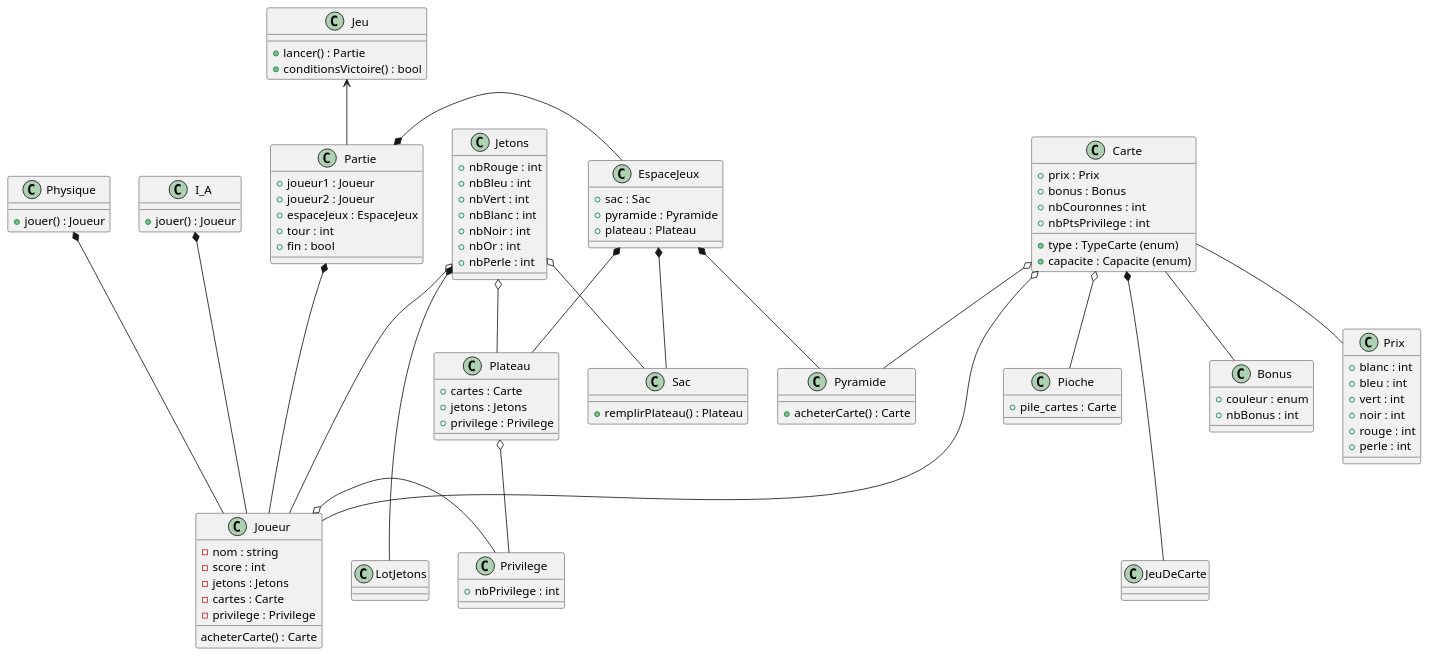
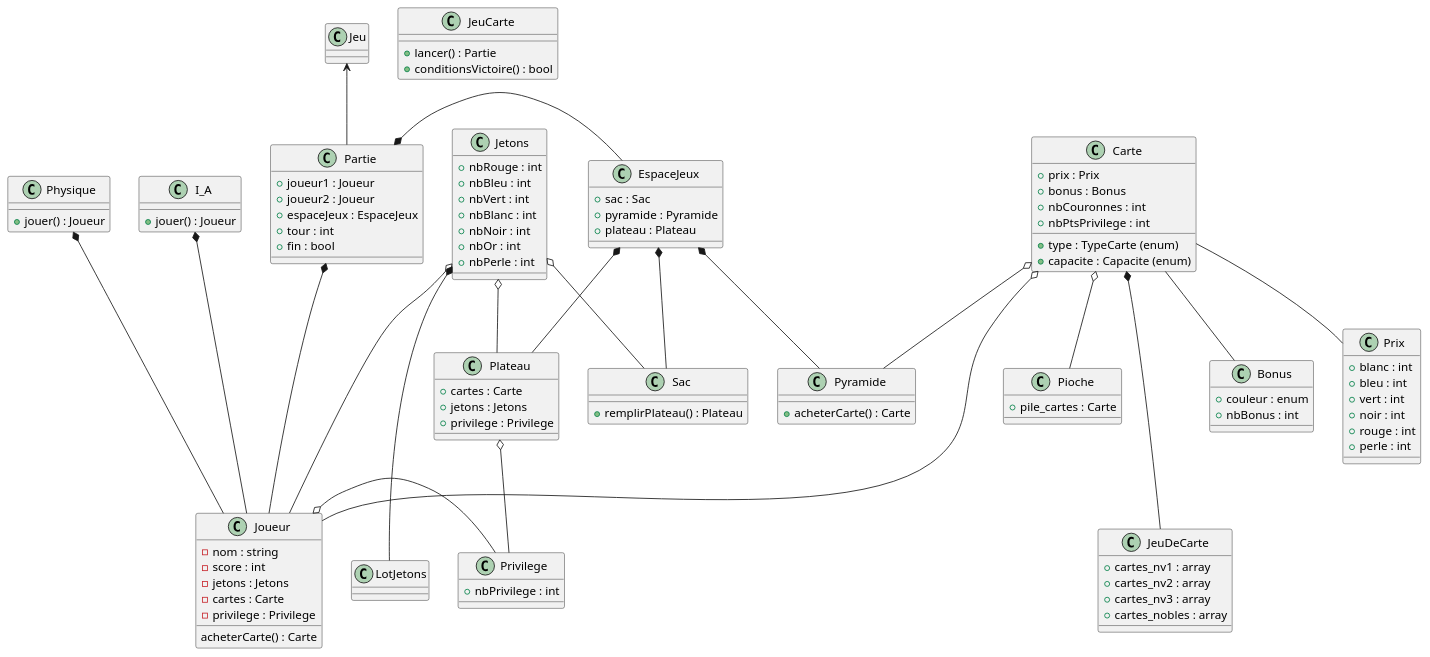
One commit to theguega/OOP-Board-Game changed the diagram in source/UML/UML-V1.plantuml. Above: the diagram before and after it, drawn with PlantUML. The commit also changed 2 other files, not shown here.

Commit message:
définition classe JeuCarte + qq changements

```diff
--- a/source/UML/UML-V1.plantuml
+++ b/source/UML/UML-V1.plantuml
@@ -1,132 +1,136 @@
 @startuml
 
 /'
     Diagramme de classe du jeu Splendor Duel
     Pour programmation objet C++
 '/
 
 class Joueur{
     - nom : string
     - score : int
     - jetons : Jetons
     - cartes : Carte
     - privilege : Privilege
 
     acheterCarte() : Carte
 }
 
 class I_A {
     + jouer() : Joueur
 }
 
 class Physique {
     + jouer() : Joueur
 }
 
 class Partie {
     + joueur1 : Joueur
     + joueur2 : Joueur
     + espaceJeux : EspaceJeux
     + tour : int
     + fin : bool
 }
 
 class EspaceJeux {
     + sac : Sac
     + pyramide : Pyramide
     + plateau : Plateau
 }
 
 class Sac{
     + remplirPlateau() : Plateau
 }
 
 class Pyramide {
     + acheterCarte() : Carte
 }
 
 class Carte{
     + type : TypeCarte (enum)
     + prix : Prix
     + bonus : Bonus
     + capacite : Capacite (enum)
     + nbCouronnes : int
     + nbPtsPrivilege : int
 }
 
 class Bonus{
     + couleur : enum
     + nbBonus : int
 }
 
 class Prix{
     + blanc : int
     + bleu : int
     + vert : int
     + noir : int
     + rouge : int
     + perle : int
 }
 
 class Pioche {
     + pile_cartes : Carte
 }
 
 class Privilege {
     + nbPrivilege : int
 }
 
 class Jetons {
     + nbRouge : int
     + nbBleu : int
     + nbVert : int
     + nbBlanc : int
     + nbNoir : int
     + nbOr : int
     + nbPerle : int
 }
 
 class Plateau {
     + cartes : Carte
     + jetons : Jetons
     + privilege : Privilege
 }
 
-class Jeu {
+class JeuCarte {
     + lancer() : Partie
     + conditionsVictoire() : bool
 }
 
 class JeuDeCarte {
+    + cartes_nv1 : array
+    + cartes_nv2 : array
+    + cartes_nv3 : array
+    + cartes_nobles : array
 }
 
 class LotJetons {
 }
 
 Physique *--- Joueur
 I_A *--- Joueur
 
 Carte *--- JeuDeCarte
 Carte o-- Pyramide
 Carte o-- Pioche
 Carte o--- Joueur
 Carte -- Bonus
 Carte -- Prix
 
 Jetons *--- LotJetons
 Jetons o-- Sac
 Jetons o--- Joueur
 Jetons o-- Plateau
 
 Plateau o-- Privilege
 Joueur o- Privilege
 
 Partie *- EspaceJeux
 Partie *- Joueur
 
 EspaceJeux *-- Sac
 EspaceJeux *-- Pyramide
 EspaceJeux *-- Plateau
 
 Jeu <-- Partie
 @enduml
```
